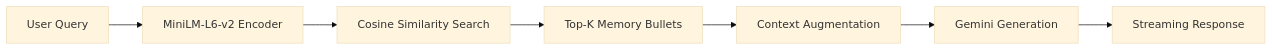
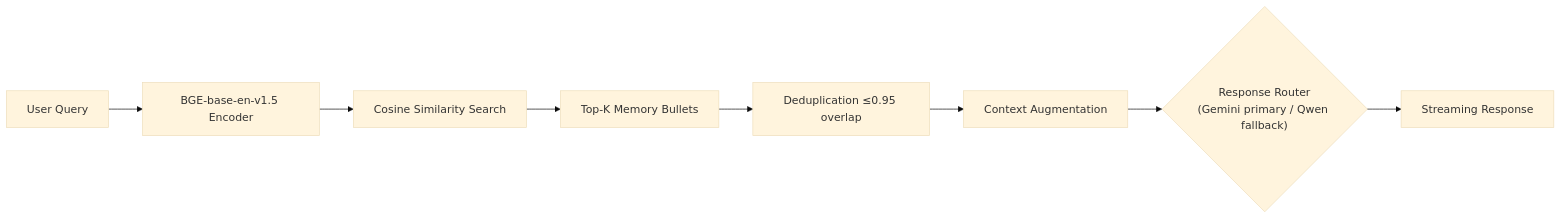
One commit to Edward-H26/MIRA changed the second of 3 diagrams in README_AI.md. Above: the diagram before and after it, drawn with Mermaid (base theme). The commit also changed other lines of this file and 126 other files, not shown here.

````diff
--- a/README_AI.md
+++ b/README_AI.md
@@ -190,9 +236,10 @@
 ```mermaid
 graph LR
-    A[User Query] --> B[MiniLM-L6-v2 Encoder]
+    A[User Query] --> B[BGE-base-en-v1.5 Encoder]
     B --> C[Cosine Similarity Search]
     C --> D[Top-K Memory Bullets]
-    D --> E[Context Augmentation]
-    E --> F[Gemini Generation]
-    F --> G[Streaming Response]
+    D --> E[Deduplication ≤0.95 overlap]
+    E --> F[Context Augmentation]
+    F --> G{"Response Router<br/>(Gemini primary / Qwen fallback)"}
+    G --> H[Streaming Response]
 ```
````
